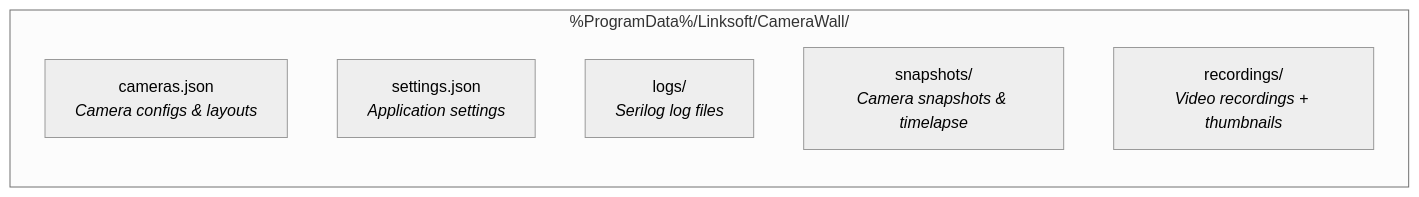
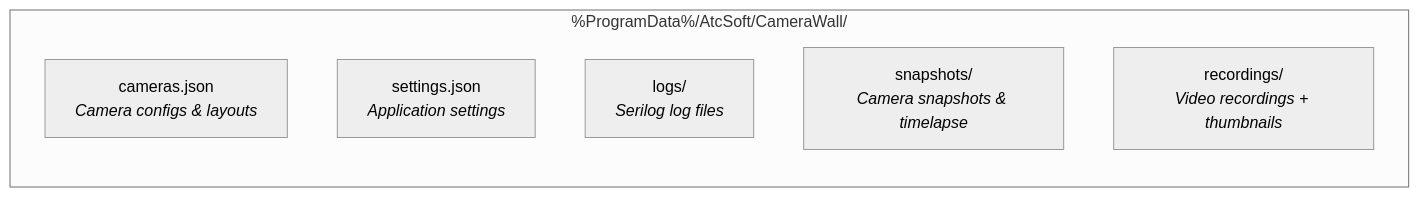
The seventh of 8 diagrams in docs/architecture.md (davidkallesen/AtcSoft.VideoSurveillance), drawn with Mermaid (neutral theme) before and after one commit. The commit also changed other lines of this file and 4 other files, not shown here.

Commit message:
docs: rename Linksoft to AtcSoft throughout the documentation

````diff
--- a/docs/architecture.md
+++ b/docs/architecture.md
@@ -292,10 +292,10 @@
 ```mermaid
 graph LR
-    subgraph ProgramData["%ProgramData%/Linksoft/CameraWall/"]
+    subgraph ProgramData["%ProgramData%/AtcSoft/CameraWall/"]
         cameras["cameras.json<br/><i>Camera configs & layouts</i>"]
         settings["settings.json<br/><i>Application settings</i>"]
         logs["logs/<br/><i>Serilog log files</i>"]
         snapshots["snapshots/<br/><i>Camera snapshots & timelapse</i>"]
         recordings["recordings/<br/><i>Video recordings + thumbnails</i>"]
     end
 ```
````
